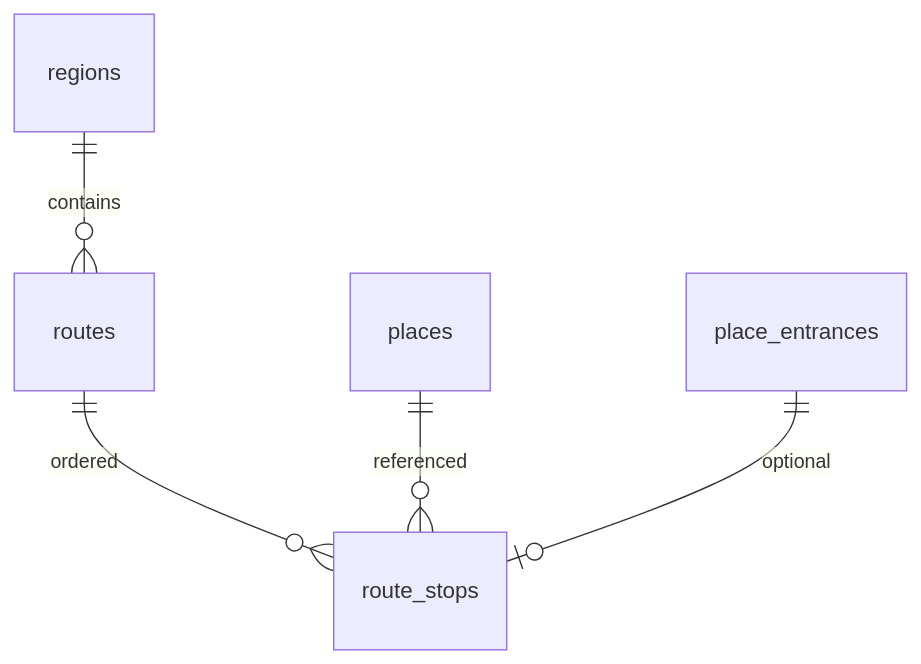
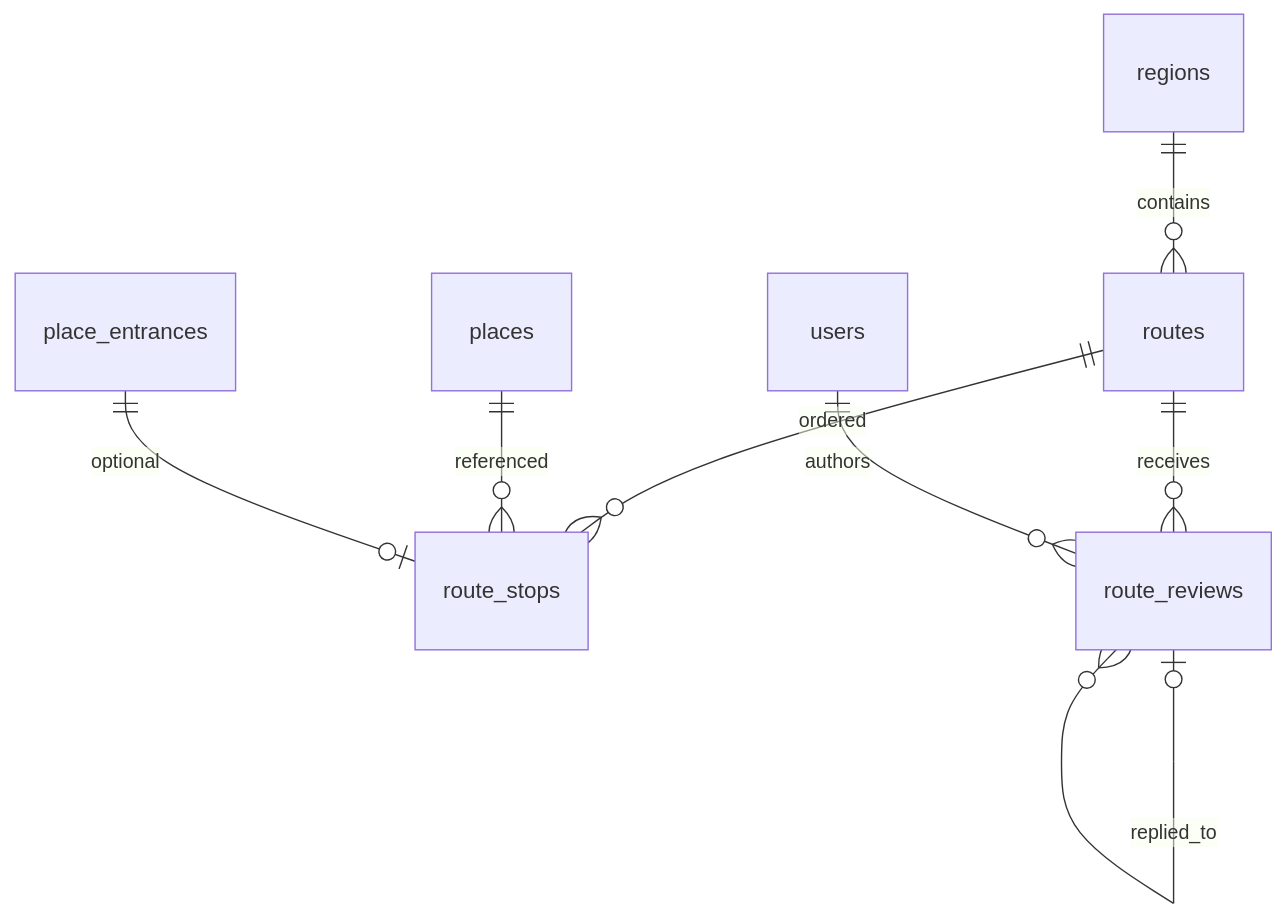
The diagram in docs/data-model-routes.md (xotabeach/tourism-platform), drawn with Mermaid before and after one commit. The commit also changed other lines of this file and 5 other files, not shown here.

````diff
--- a/docs/data-model-routes.md
+++ b/docs/data-model-routes.md
@@ -8,7 +8,10 @@
 ```mermaid
 erDiagram
   regions ||--o{ routes : contains
   routes ||--o{ route_stops : ordered
+  routes ||--o{ route_reviews : receives
+  users ||--o{ route_reviews : authors
+  route_reviews o|--o{ route_reviews : replied_to
   places ||--o{ route_stops : referenced
   place_entrances ||--o| route_stops : optional
 ```
````
